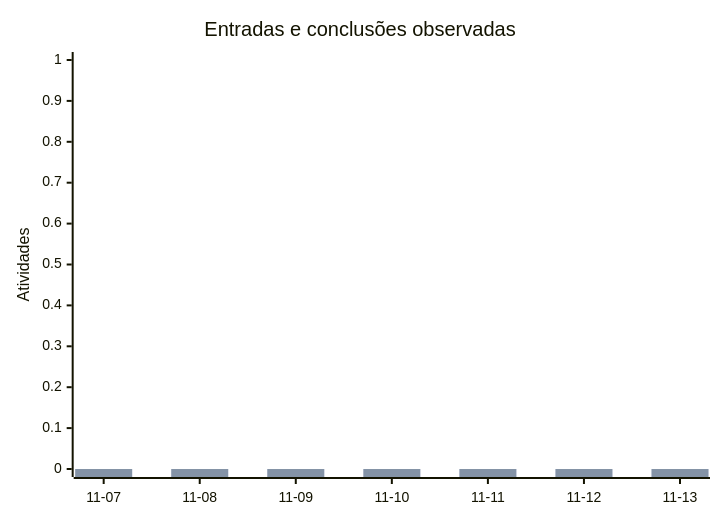
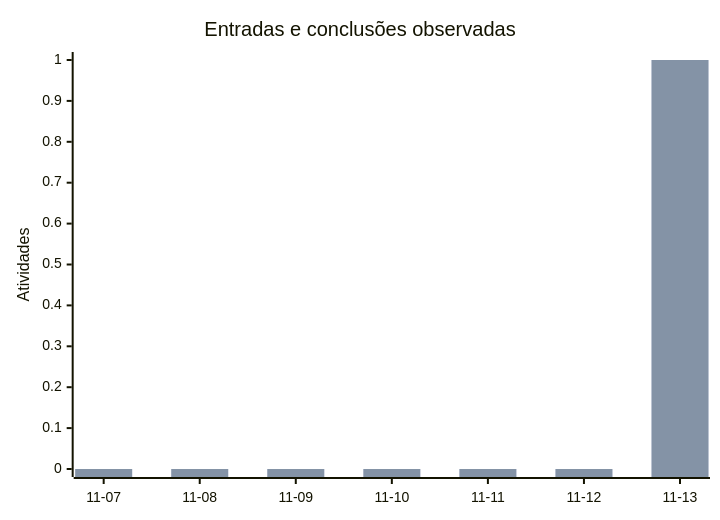
The fourth of 5 diagrams in docs/BACKLOG.md (softctrl/backloger), drawn with Mermaid before and after one commit. The commit also changed other lines of this file and 21 other files, not shown here.

````diff
--- a/docs/BACKLOG.md
+++ b/docs/BACKLOG.md
@@ -100,9 +100,9 @@
 ```mermaid
-%% backloger-chart-v1 {"kind":"bar","title":"Entradas e conclusões observadas","labels":["11-07","11-08","11-09","11-10","11-11","11-12","11-13"],"series":[{"name":"Criadas","values":[0.0,0.0,0.0,0.0,0.0,0.0,0.0]},{"name":"Concluídas","values":[0.0,0.0,0.0,0.0,0.0,0.0,0.0]}],"colors":[]}
+%% backloger-chart-v1 {"kind":"bar","title":"Entradas e conclusões observadas","labels":["11-07","11-08","11-09","11-10","11-11","11-12","11-13"],"series":[{"name":"Criadas","values":[0.0,0.0,0.0,0.0,0.0,0.0,1.0]},{"name":"Concluídas","values":[0.0,0.0,0.0,0.0,0.0,0.0,1.0]}],"colors":[]}
 xychart-beta
     title "Entradas e conclusões observadas"
     x-axis ["11-07", "11-08", "11-09", "11-10", "11-11", "11-12", "11-13"]
     y-axis "Atividades" 0 --> 1
-    bar [0, 0, 0, 0, 0, 0, 0]
-    bar [0, 0, 0, 0, 0, 0, 0]
+    bar [0, 0, 0, 0, 0, 0, 1]
+    bar [0, 0, 0, 0, 0, 0, 1]
 ```
````
